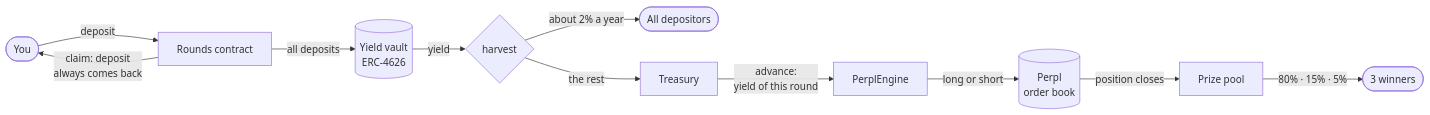
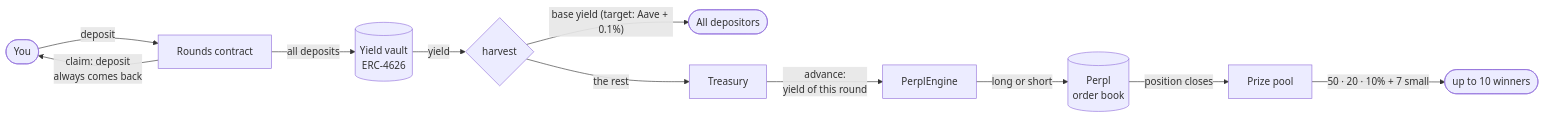
One commit to kovdanielgh/rounds changed the first of 3 diagrams in README.md. Above: the diagram before and after it, drawn with Mermaid. The commit also changed other lines of this file and 12 other files, not shown here.

````diff
--- a/README.md
+++ b/README.md
@@ -25,13 +25,13 @@
 ```mermaid
 flowchart LR
     U(["You"]) -- "deposit" --> R["Rounds contract"]
     R -- "all deposits" --> V[("Yield vault<br/>ERC-4626")]
     V -- "yield" --> H{"harvest"}
-    H -- "about 2% a year" --> D(["All depositors"])
+    H -- "base yield (target: Aave + 0.1%)" --> D(["All depositors"])
     H -- "the rest" --> T["Treasury"]
     T -- "advance:<br/>yield of this round" --> E["PerplEngine"]
     E -- "long or short" --> P[("Perpl<br/>order book")]
     P -- "position closes" --> Pot["Prize pool"]
-    Pot -- "80% · 15% · 5%" --> W(["3 winners"])
+    Pot -- "50 · 20 · 10% + 7 small" --> W(["up to 10 winners"])
     R -- "claim: deposit<br/>always comes back" --> U
 ```
````
